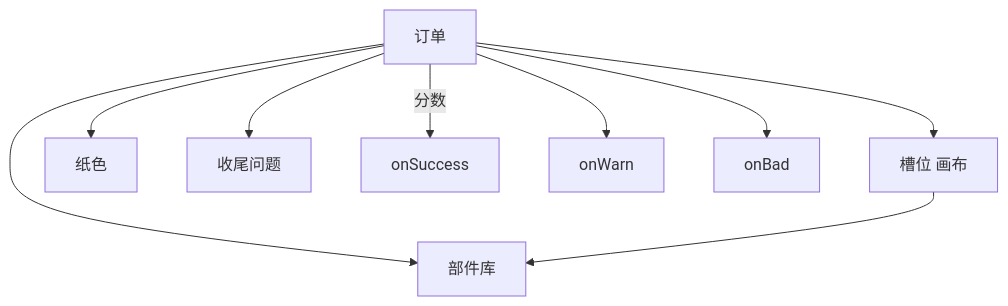
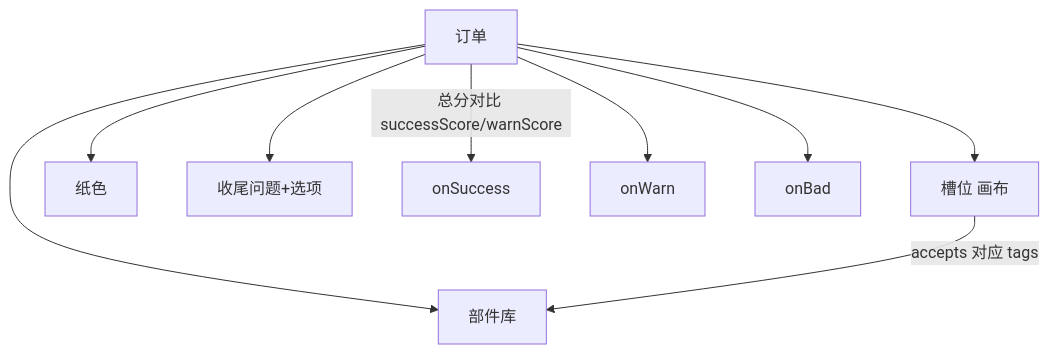
The diagram in docs/editors/panels/paper-craft.md (wubugui/GDoc), drawn with Mermaid before and after one commit. The commit also changed other lines of this file and 112 other files, not shown here.

````diff
--- a/docs/editors/panels/paper-craft.md
+++ b/docs/editors/panels/paper-craft.md
@@ -45,11 +39,11 @@
 ```mermaid
 flowchart TB
   O[订单] --> S[槽位 画布]
   O --> P[部件库]
   O --> C[纸色]
-  O --> F[收尾问题]
-  S --> P
-  O -->|分数| OK[onSuccess]
+  O --> F[收尾问题+选项]
+  S -->|accepts 对应 tags| P
+  O -->|总分对比 successScore/warnScore| OK[onSuccess]
   O --> WARN[onWarn]
   O --> BAD[onBad]
 ```
````
